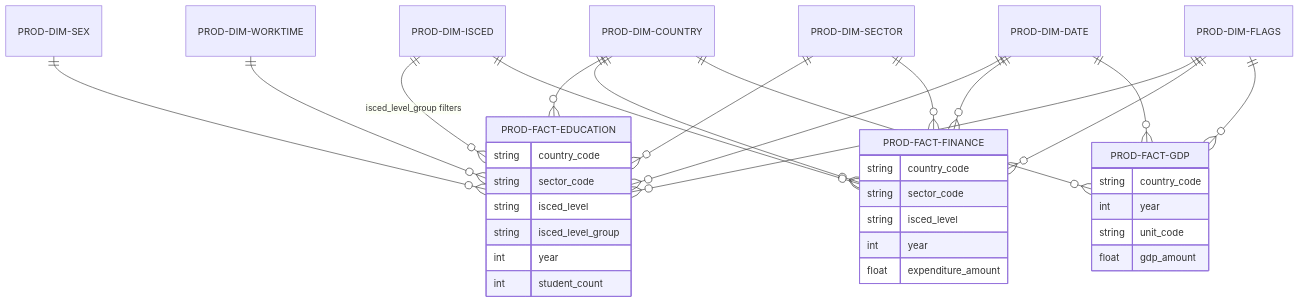
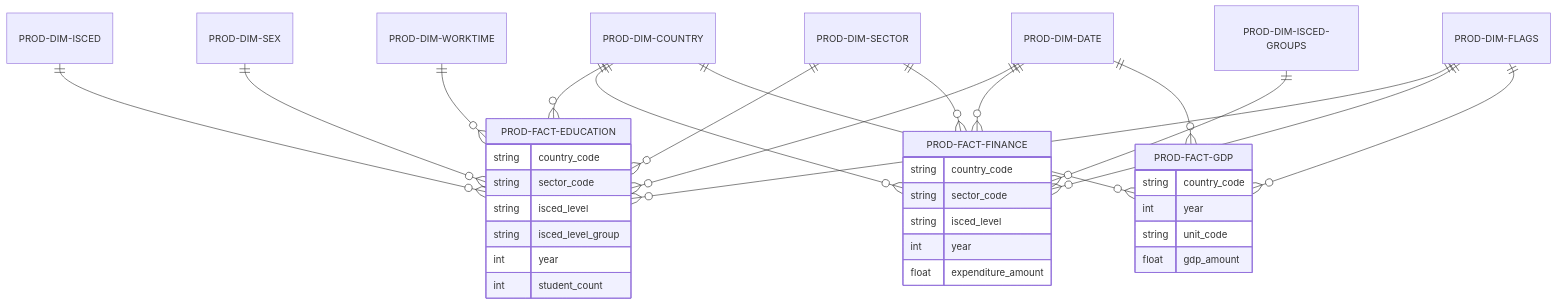
One commit to imre-kuklase/eurostat-education-economic-analysis changed the second of 2 diagrams in README.md. Above: the diagram before and after it, drawn with Mermaid. The commit also changed other lines of this file, not shown here.

````diff
--- a/README.md
+++ b/README.md
@@ -150,48 +151,48 @@
 ```mermaid
 erDiagram
     %% Faktitabelid
     PROD-FACT-EDUCATION {
         string country_code
         string sector_code
         string isced_level
         string isced_level_group
         int year
         int student_count
     }
     PROD-FACT-FINANCE {
         string country_code
         string sector_code
         string isced_level
         int year
         float expenditure_amount
     }
     PROD-FACT-GDP {
         string country_code
         int year
         string unit_code
         float gdp_amount
     }
 
     %% Dimensioonitabelid
     PROD-DIM-COUNTRY ||--o{ PROD-FACT-EDUCATION : ""
     PROD-DIM-COUNTRY ||--o{ PROD-FACT-FINANCE : ""
     PROD-DIM-COUNTRY ||--o{ PROD-FACT-GDP : ""
 
     PROD-DIM-DATE ||--o{ PROD-FACT-EDUCATION : ""
     PROD-DIM-DATE ||--o{ PROD-FACT-FINANCE : ""
     PROD-DIM-DATE ||--o{ PROD-FACT-GDP : ""
 
-    PROD-DIM-ISCED ||--o{ PROD-FACT-EDUCATION : "isced_level_group filters"
-    PROD-DIM-ISCED ||--o{ PROD-FACT-FINANCE : ""
+    PROD-DIM-ISCED ||--o{ PROD-FACT-EDUCATION : ""
+    PROD-DIM-ISCED-GROUPS ||--o{ PROD-FACT-FINANCE : ""
 
     PROD-DIM-SECTOR ||--o{ PROD-FACT-EDUCATION : ""
     PROD-DIM-SECTOR ||--o{ PROD-FACT-FINANCE : ""
 
     PROD-DIM-SEX ||--o{ PROD-FACT-EDUCATION : ""
 
     PROD-DIM-WORKTIME ||--o{ PROD-FACT-EDUCATION : ""
 
     PROD-DIM-FLAGS ||--o{ PROD-FACT-EDUCATION : ""
     PROD-DIM-FLAGS ||--o{ PROD-FACT-FINANCE : ""
     PROD-DIM-FLAGS ||--o{ PROD-FACT-GDP : ""
 ```
````
